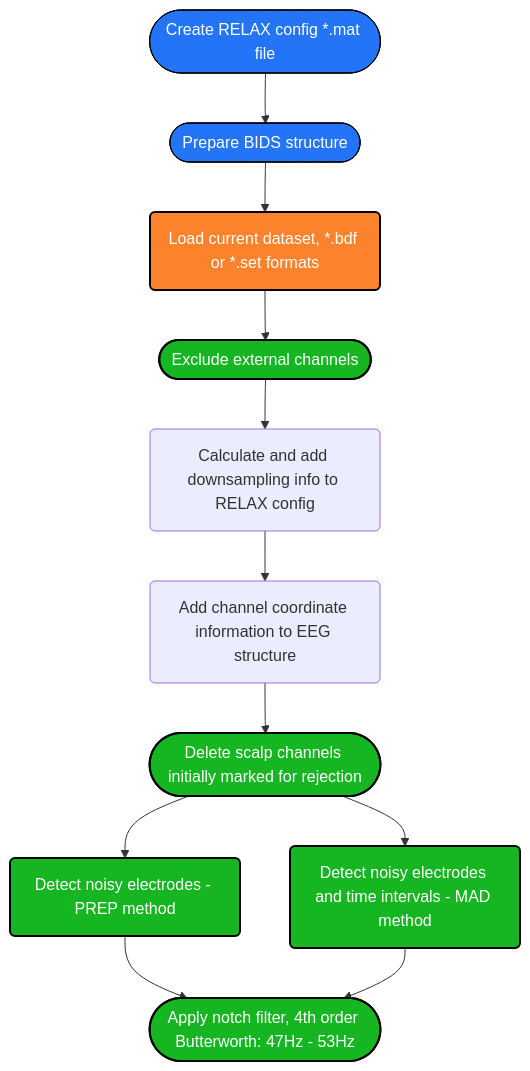
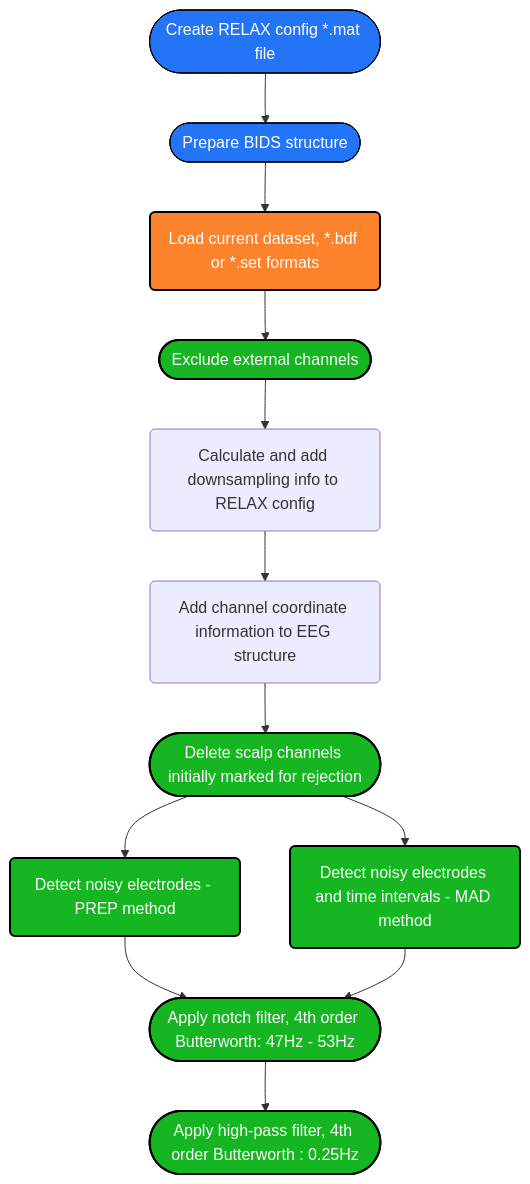
Before and after one commit to deebeebolger/Project_CeLaVie: the diagram in Pipeline_Datafow_Chart.md, drawn with Mermaid.

````diff
--- a/Pipeline_Datafow_Chart.md
+++ b/Pipeline_Datafow_Chart.md
@@ -1,34 +1,35 @@
 ```mermaid
 flowchart TD
 %% Colors %%
 
 classDef blue fill:#2374f7, stroke:#000, stroke-width: px, color:#fff
 classDef orange fill:#fc822b,stroke:#000,stroke-width:2px,color:#fff
 classDef green fill:#16b522,stroke:#000,stroke-width:2px,color:#fff
 classDef mintgreen fill:#4DAB9A,stroke:#000,stroke-width:2px,color:#fff
 classDef mandarine fill:#FFA344,stroke:#000,stroke-width:2px,color:#fff
 classDef aubergine fill:#9A6DD7,stroke:#000,stroke-width:2px,color:#fff
 classDef red fill:#D44C47,stroke:#000,stroke-width:2px,color:#fff
 classDef grey fill:#979A9B,stroke:#000,stroke-width:2px,color:#fff
 
 
 Config([Create RELAX config *.mat file]):::blue -->
 BIDS([Prepare BIDS structure]):::blue
 click Config "https://github.com/deebeebolger/Project_CeLaVie/blob/main/DataflowChart_pages/Create_RELAX_conf_file.md" "Link"
 click BIDS "https://github.com/deebeebolger/Project_CeLaVie/blob/main/DataflowChart_pages/BIDS_structure.md" "Link"
 BIDS --> Ld(Load current dataset, *.bdf or *.set formats):::orange
 --> EXRej([Exclude external channels]):::green
 click EXRej "https://github.com/deebeebolger/Project_CeLaVie/blob/main/DataflowChart_pages/Exclude_external_chans.md" _blank
 EXRej --> AddRS(Calculate and add downsampling info to RELAX config)
 click AddRS "https://github.com/deebeebolger/Project_CeLaVie/blob/main/DataflowChart_pages/Downsampling.md" "Link"
 AddRS --> AddChan(Add channel coordinate information to EEG structure)
 click AddChan "https://github.com/deebeebolger/Project_CeLaVie/blob/main/DataflowChart_pages/Add_Channels_coordinates.md" "Link"
 AddChan --> ScalpRej([Delete scalp channels initially marked for rejection]):::green
 ScalpRej --> BadChanDetect(Detect noisy electrodes - PREP method):::green
 ScalpRej --> BadChanTimeDetect(Detect noisy electrodes and time intervals - MAD method):::green
 click BadChanDetect "https://github.com/deebeebolger/Project_CeLaVie/blob/main/DataflowChart_pages/BadChannelDetect_PREP.md" "Link"
 click BadChanTimeDetect "https://github.com/deebeebolger/Project_CeLaVie/blob/main/DataflowChart_pages/Bad_ChannelTime_Detect_MAD.md" "Link"
 BadChanDetect --> Notch([Apply notch filter, 4th order Butterworth: 47Hz - 53Hz]):::green
 BadChanTimeDetect --> Notch([Apply notch filter, 4th order Butterworth: 47Hz - 53Hz]):::green
 click Notch "https://github.com/deebeebolger/Project_CeLaVie/blob/main/DataflowChart_pages/Filtering.md" "Link"
+Notch --> HPfilt([Apply high-pass filter, 4th order Butterworth : 0.25Hz]):::green
 ```
````
